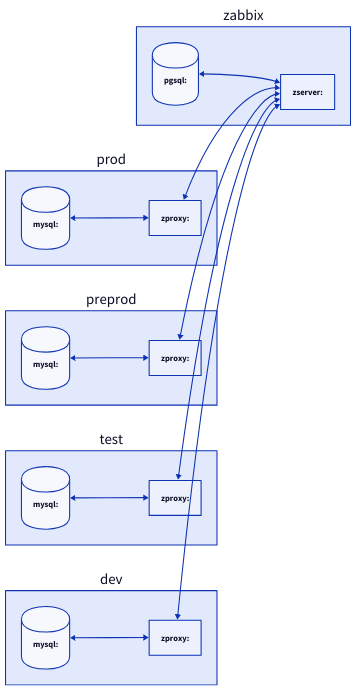
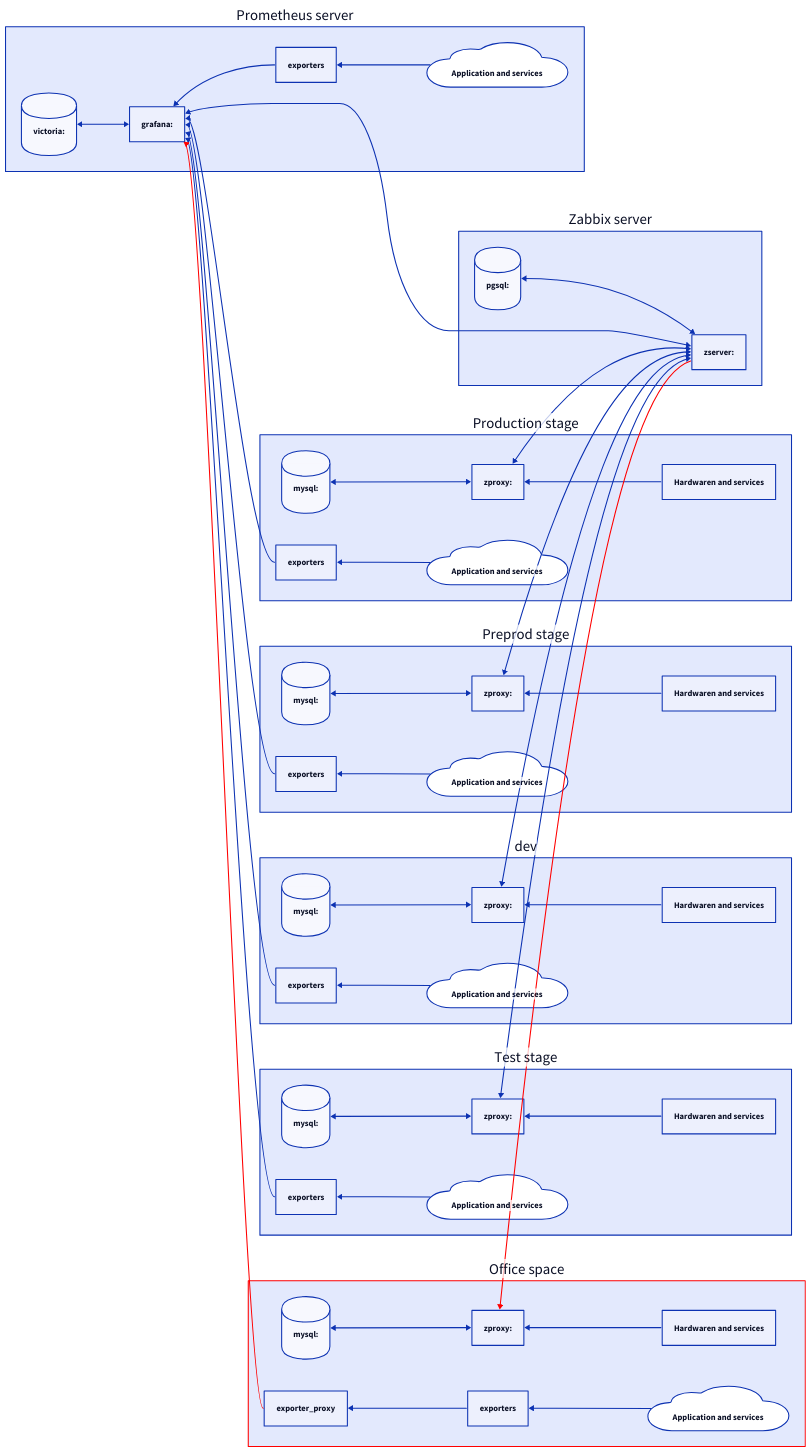
One commit to pdacity/moni_d2 changed the diagram in moni.d2. Above: the diagram before and after it, drawn with D2.

Commit message:
Update moni.d2
add stages and office space

```diff
--- a/moni.d2
+++ b/moni.d2
@@ -1,36 +1,99 @@
 direction: left
 
-zabbix: {
+zabbix: Zabbix server {
   zabbix_db: pgsql: {shape: cylinder}
   zabbix_server: zserver: {shape: rectangle}
   zabbix_server <-> zabbix_db
 }
 
-prod: {
+prom: Prometheus server {
+  prom_db: victoria: {shape: cylinder}
+  prom_server: grafana: {shape: rectangle}
+  apps: Application and services {shape: cloud}
+  prom_exporter: exporters
+
+  apps -> prom_exporter
+  prom_server <-> prom_db
+  prom_exporter -> prom_server
+}
+
+prod: Production stage {
+  # zabbix 
   zproxy_db: mysql: {shape: cylinder}
   zproxy_server: zproxy: {shape: rectangle}
+  hardware: Hardwaren and services {shape: rectangle}
+  # prom
+  apps: Application and services {shape: cloud}
+  prom_exporter: exporters
+  prom_exporter <- apps
   zproxy_server <-> zproxy_db
+  hardware -> zproxy_server
 }
 
-preprod: {
+preprod: Preprod stage {
   zproxy_db: mysql: {shape: cylinder}
   zproxy_server: zproxy: {shape: rectangle}
+  hardware: Hardwaren and services {shape: rectangle}
+  # prom
+  apps: Application and services {shape: cloud}
+  prom_exporter: exporters
+  prom_exporter <- apps
   zproxy_server <-> zproxy_db
+  hardware -> zproxy_server
 }
 
-test: {
+test: Test stage {
   zproxy_db: mysql: {shape: cylinder}
   zproxy_server: zproxy: {shape: rectangle}
+  hardware: Hardwaren and services {shape: rectangle}
+  # prom
+  apps: Application and services {shape: cloud}
+  prom_exporter: exporters
+  prom_exporter <- apps
   zproxy_server <-> zproxy_db
+  hardware -> zproxy_server
 }
 
 dev: {
   zproxy_db: mysql: {shape: cylinder}
   zproxy_server: zproxy: {shape: rectangle}
+  hardware: Hardwaren and services {shape: rectangle}
+  # prom
+  apps: Application and services {shape: cloud}
+  prom_exporter: exporters
+  prom_exporter <- apps
   zproxy_server <-> zproxy_db
+  hardware -> zproxy_server
 }
 
+office: Office space {
+  style: {stroke: red}
+  zproxy_db: mysql: {shape: cylinder}
+  zproxy_server: zproxy: {shape: rectangle}
+  hardware: Hardwaren and services {shape: rectangle}
+  # prom
+  apps: Application and services {shape: cloud}
+  prom_exporter: exporters
+  prom_exporter_proxy: exporter_proxy
+  apps -> prom_exporter
+  prom_exporter -> prom_exporter_proxy
+  zproxy_server <-> zproxy_db
+  hardware -> zproxy_server
+}
+
+# Stage to zabbix
 zabbix.zabbix_server <-> prod.zproxy_server
 zabbix.zabbix_server <-> preprod.zproxy_server
 zabbix.zabbix_server <-> test.zproxy_server
 zabbix.zabbix_server <-> dev.zproxy_server
+zabbix.zabbix_server -> office.zproxy_server: {style: {stroke: red}}
+
+# zabbix - prom integration
+zabbix.zabbix_server <-> prom.prom_server
+
+# Stege to prom
+prod.prom_exporter -> prom.prom_server
+preprod.prom_exporter -> prom.prom_server
+dev.prom_exporter -> prom.prom_server
+test.prom_exporter -> prom.prom_server
+office.prom_exporter_proxy -> prom.prom_server: {style: {stroke: red}}
```
